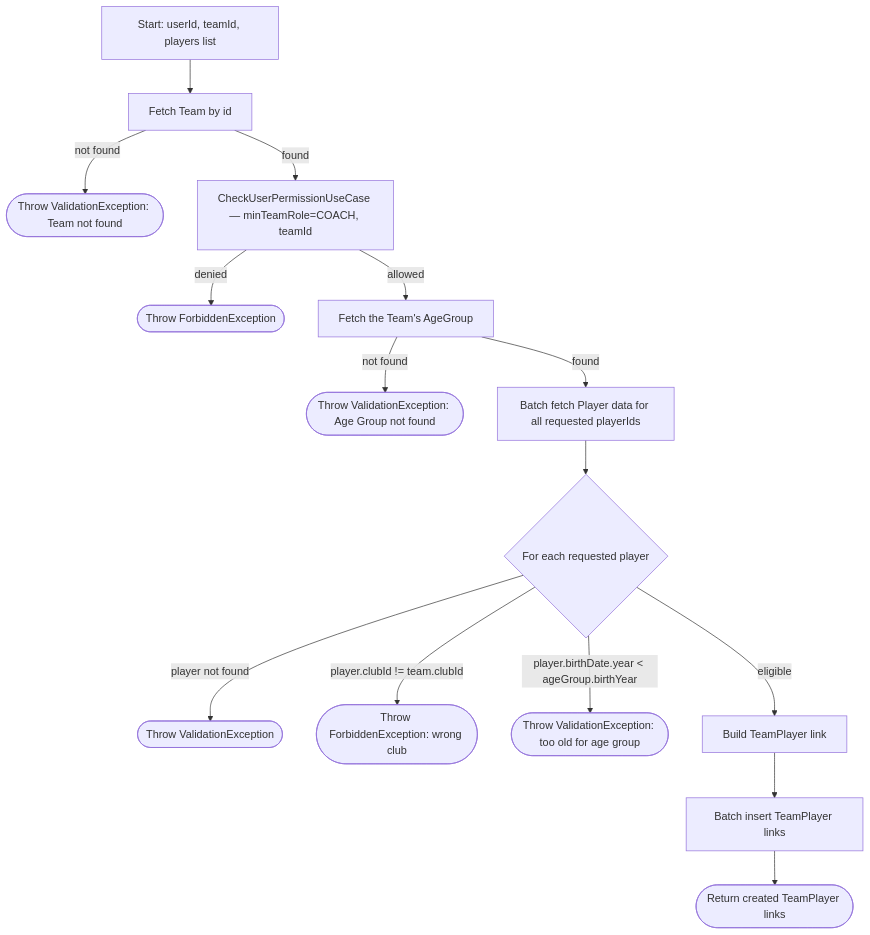
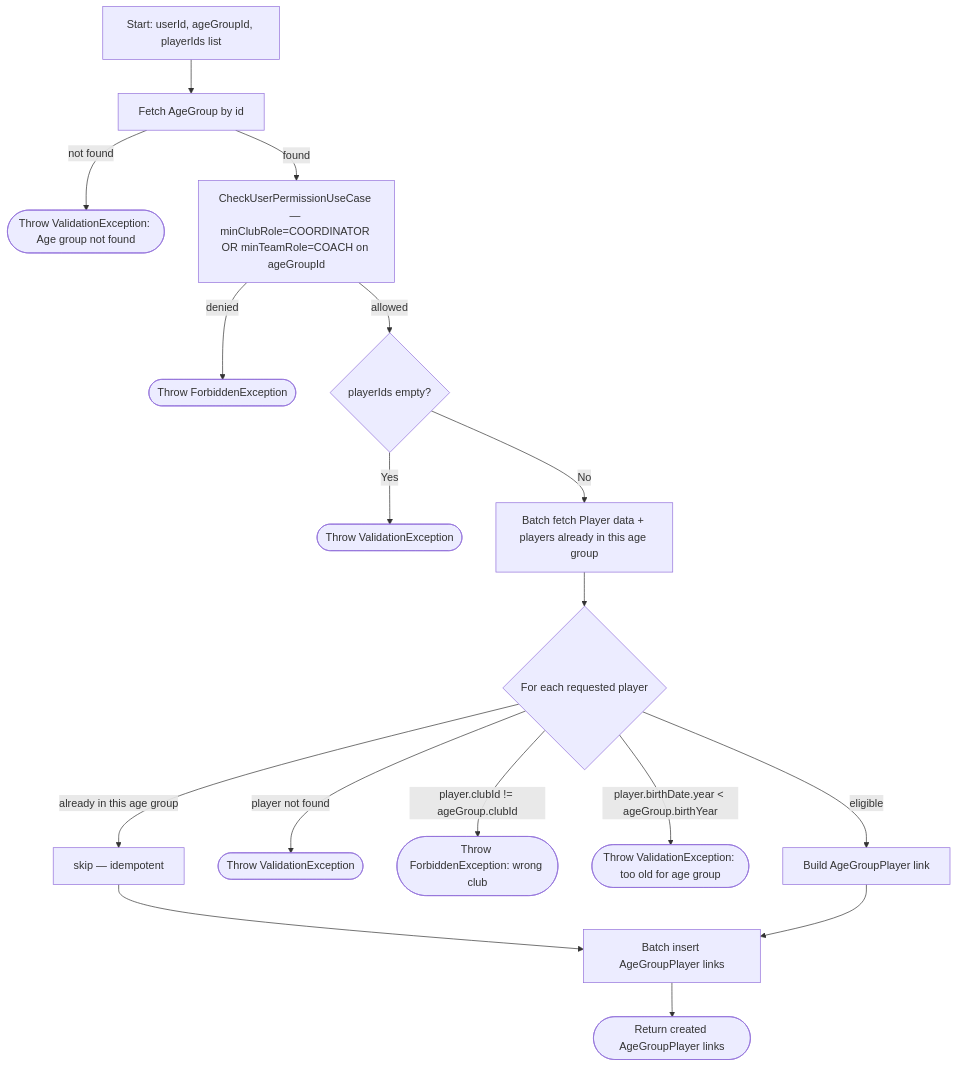
One commit to ricardofrango/squadify changed diagram 23 of 37 in PROCESS_FLOWS.md. Above: the diagram before and after it, drawn with Mermaid. The commit also changed other lines of this file and 57 other files, not shown here.

````diff
--- a/PROCESS_FLOWS.md
+++ b/PROCESS_FLOWS.md
@@ -442,17 +452,19 @@
 ```mermaid
 graph TD
-    A[Start: userId, teamId, players list] --> B[Fetch Team by id]
-    B -- not found --> V0(["Throw ValidationException: Team not found"])
-    B -- found --> C[CheckUserPermissionUseCase — minTeamRole=COACH, teamId]
+    A[Start: userId, ageGroupId, playerIds list] --> B[Fetch AgeGroup by id]
+    B -- not found --> V0(["Throw ValidationException: Age group not found"])
+    B -- found --> C[CheckUserPermissionUseCase — minClubRole=COORDINATOR OR minTeamRole=COACH on ageGroupId]
     C -- denied --> F(["Throw ForbiddenException"])
-    C -- allowed --> D["Fetch the Team's AgeGroup"]
-    D -- not found --> V1(["Throw ValidationException: Age Group not found"])
-    D -- found --> E[Batch fetch Player data for all requested playerIds]
+    C -- allowed --> E0{playerIds empty?}
+    E0 -- Yes --> V0b(["Throw ValidationException"])
+    E0 -- No --> E[Batch fetch Player data + players already in this age group]
     E --> G{For each requested player}
+    G -- already in this age group --> SK[skip — idempotent]
     G -- player not found --> V2(["Throw ValidationException"])
-    G -- player.clubId != team.clubId --> FB(["Throw ForbiddenException: wrong club"])
+    G -- player.clubId != ageGroup.clubId --> FB(["Throw ForbiddenException: wrong club"])
     G -- "player.birthDate.year < ageGroup.birthYear" --> V3(["Throw ValidationException: too old for age group"])
-    G -- eligible --> H[Build TeamPlayer link]
-    H --> I[Batch insert TeamPlayer links]
-    I --> Z(["Return created TeamPlayer links"])
+    G -- eligible --> H[Build AgeGroupPlayer link]
+    SK --> I
+    H --> I[Batch insert AgeGroupPlayer links]
+    I --> Z(["Return created AgeGroupPlayer links"])
 ```
````
